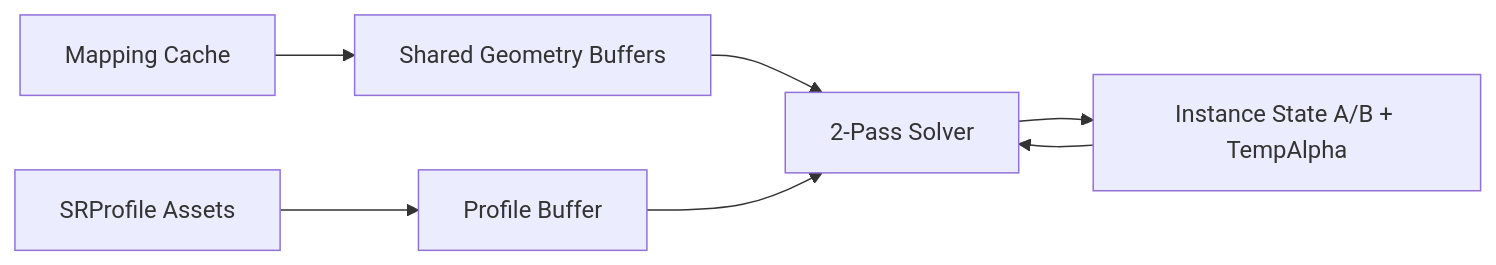
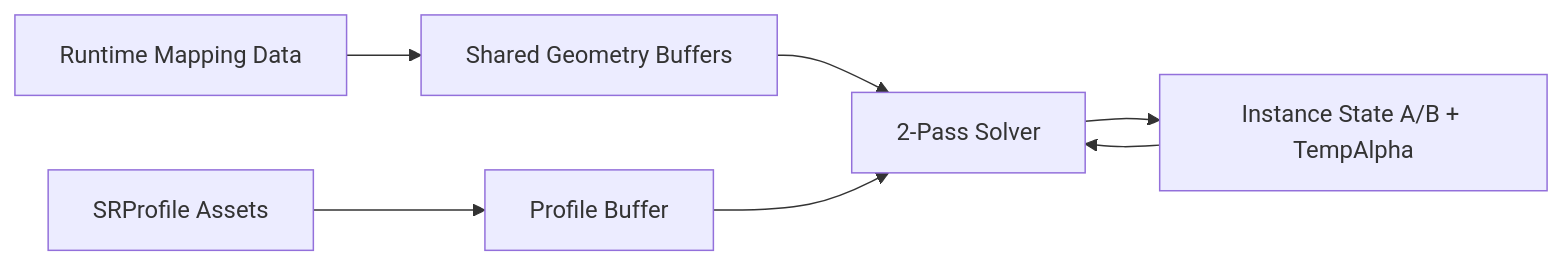
One commit to Yonaim/Material-Dependent-Surface-State-Engine changed the first of 2 diagrams in Docs/MDSSP-Vault/05_Development/Notes/0003_Surface-State-GPU-Resource.md. Above: the diagram before and after it, drawn with Mermaid. The commit also changed other lines of this file and 17 other files, not shown here.

````diff
--- a/Docs/MDSSP-Vault/05_Development/Notes/0003_Surface-State-GPU-Resource.md
+++ b/Docs/MDSSP-Vault/05_Development/Notes/0003_Surface-State-GPU-Resource.md
@@ -23,9 +23,9 @@
 ```mermaid
 flowchart LR
-  Mapping[Mapping Cache] --> Shared[Shared Geometry Buffers]
+  Mapping[Runtime Mapping Data] --> Shared[Shared Geometry Buffers]
   Profile[SRProfile Assets] --> Profiles[Profile Buffer]
   Shared --> Solver[2-Pass Solver]
   Profiles --> Solver
   Instance[Instance State A/B + TempAlpha] --> Solver
   Solver --> Instance
 ```
````
